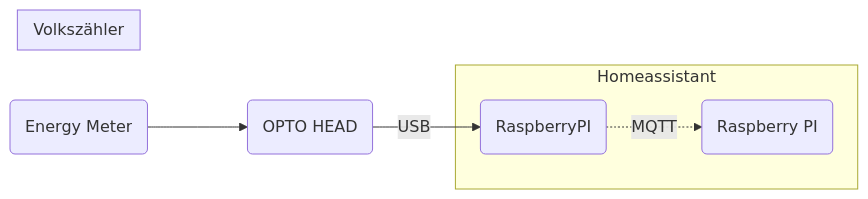
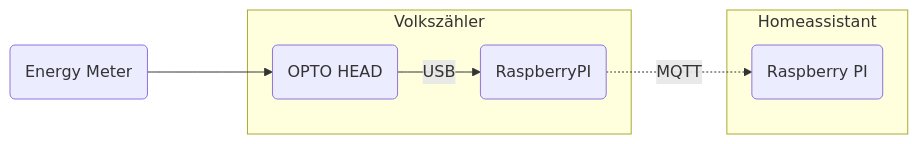
Before and after one commit to rangulvers/smart_meter_setup: the diagram in README.md, drawn with Mermaid. The commit also changed other lines of this file, not shown here.

````diff
--- a/README.md
+++ b/README.md
@@ -10,13 +10,13 @@
 ```mermaid
 
 flowchart LR
         A(Energy Meter) ---> B(OPTO HEAD)
+        
+        subgraph Volkszähler
         B --USB--> C(RaspberryPI)
-        subgraph Volkszähler
-        
         end
         subgraph Homeassistant
         C -.MQTT.-> D(Raspberry PI)
         end
         
 ```
````
